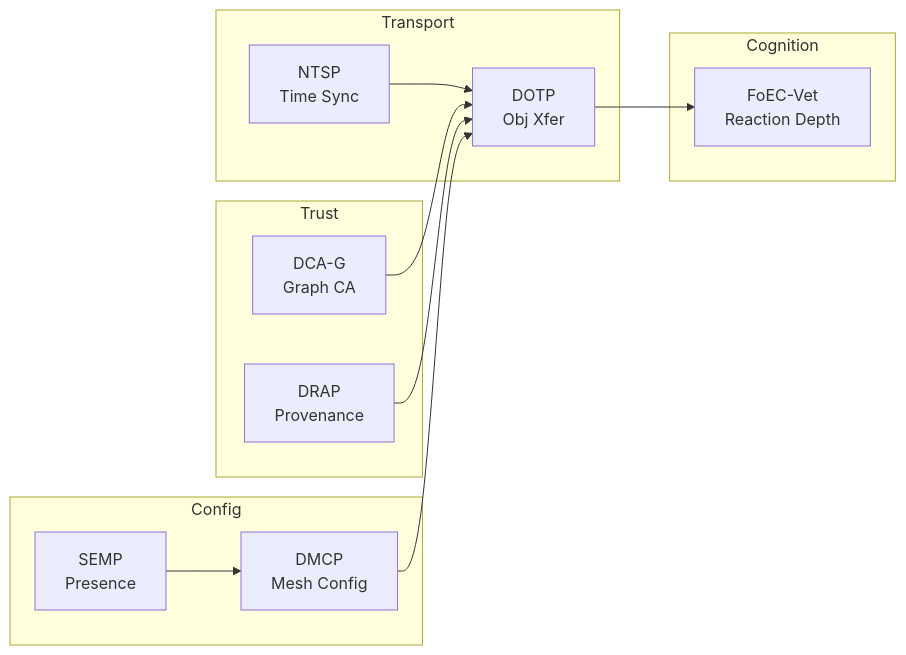
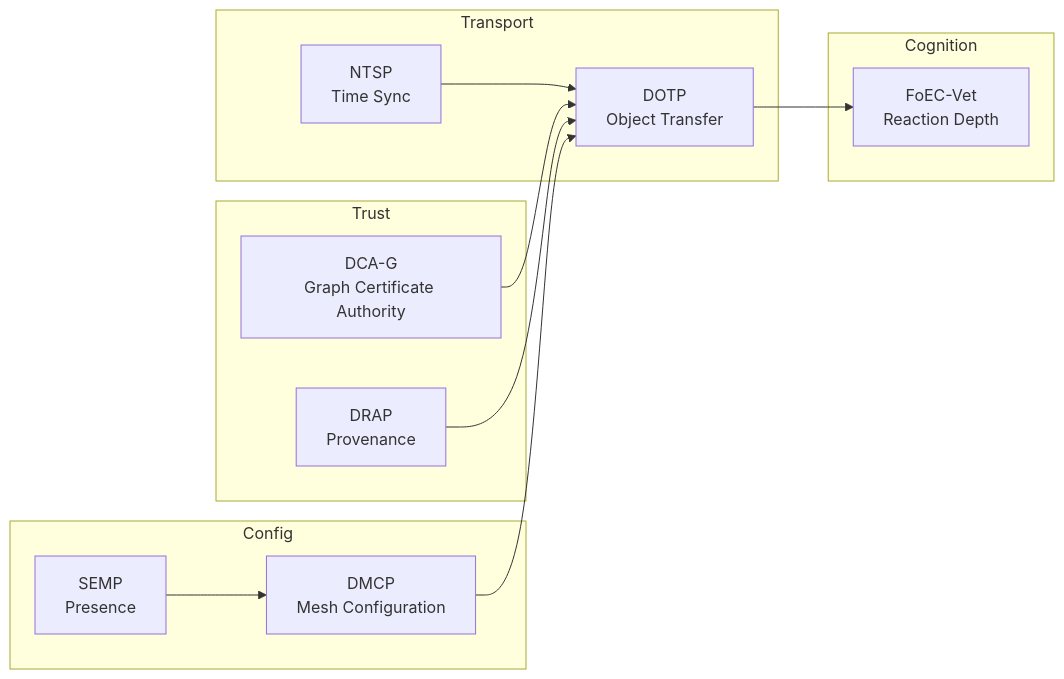
Before and after one commit to echomesh/echomesh: the second of 3 diagrams in docs/overview/echomesh_stack.md, drawn with Mermaid. The commit also changed other lines of this file and 33 other files, not shown here.

````diff
--- a/docs/overview/echomesh_stack.md
+++ b/docs/overview/echomesh_stack.md
@@ -44,25 +46,25 @@
 ```mermaid
 graph LR
     subgraph Transport
         NTSP[NTSP<br/>Time Sync]
-        DOTP[DOTP<br/>Obj Xfer]
+        DOTP[DOTP<br/>Object Transfer]
     end
     subgraph Trust
-        DCA[DCA-G<br/>Graph CA]
+        DCA[DCA-G<br/>Graph Certificate Authority]
         DRAP[DRAP<br/>Provenance]
     end
     subgraph Config
-        DMCP[DMCP<br/>Mesh Config]
+        DMCP[DMCP<br/>Mesh Configuration]
         SEMP[SEMP<br/>Presence]
     end
     subgraph Cognition
         FoECV[FoEC-Vet<br/>Reaction Depth]
     end
 
     NTSP --> DOTP
     DCA --> DOTP
     DRAP --> DOTP
     DMCP --> DOTP
     SEMP --> DMCP
     DOTP --> FoECV
 ```
````
